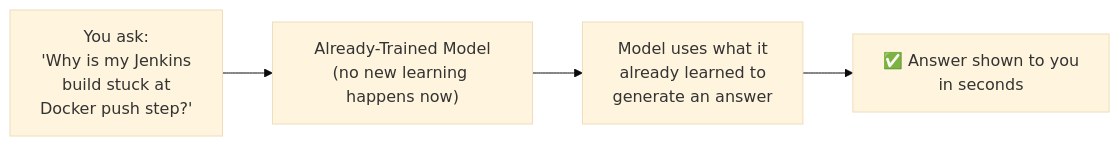
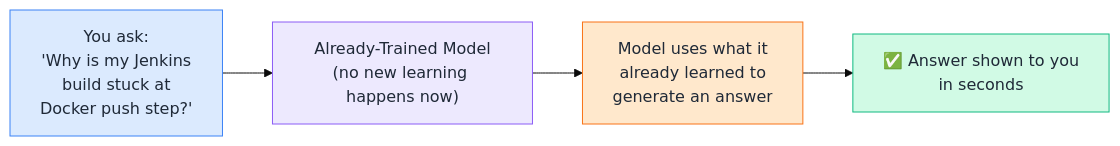
One commit to saghosh8/AI-For-DevOps changed the fifth of 7 diagrams in Week 1 — LLM & GenAI Foundations/Day 1 — AI ML GenAI Basics.md. Above: the diagram before and after it, drawn with Mermaid (base theme). The commit also changed other lines of this file, not shown here.

````diff
--- a/Week 1 — LLM & GenAI Foundations/Day 1 — AI ML GenAI Basics.md
+++ b/Week 1 — LLM & GenAI Foundations/Day 1 — AI ML GenAI Basics.md
@@ -96,6 +146,17 @@
 ```mermaid
 flowchart LR
     A["You ask:\n'Why is my Jenkins\nbuild stuck at\nDocker push step?'"] --> B["Already-Trained Model\n(no new learning happens now)"]
     B --> C["Model uses what it\nalready learned to\ngenerate an answer"]
     C --> D["✅ Answer shown to you\nin seconds"]
+
+    classDef purple fill:#EDE9FE,stroke:#8B5CF6,color:#1F2937
+    classDef orange fill:#FFE8CC,stroke:#F97316,color:#1F2937
+    classDef green fill:#D1FAE5,stroke:#10B981,color:#1F2937
+    classDef blue fill:#DBEAFE,stroke:#3B82F6,color:#1F2937
+    classDef red fill:#FEE2E2,stroke:#EF4444,color:#1F2937
+
+    class A blue
+    class B purple
+    class C orange
+    class D green
 ```
````
